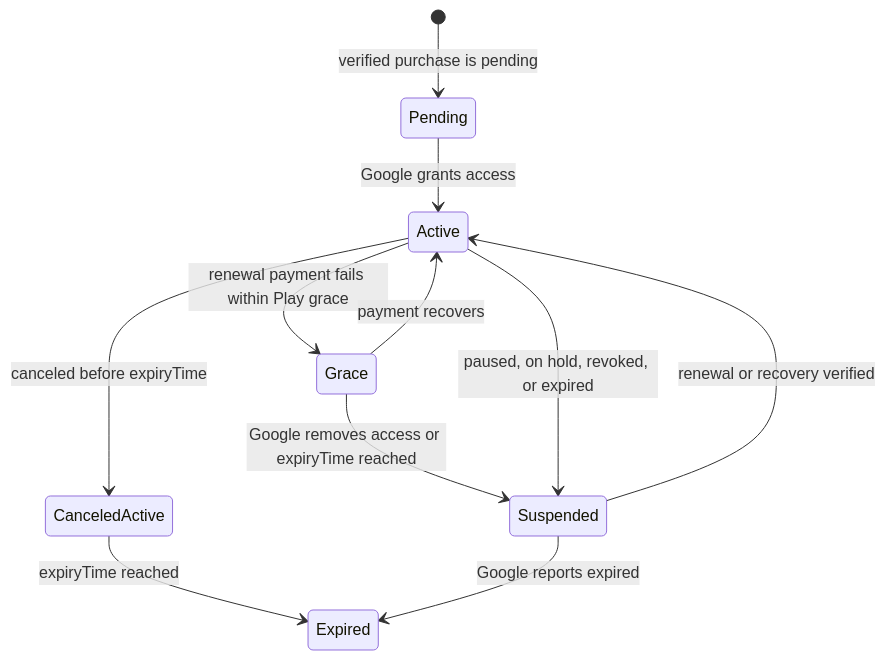
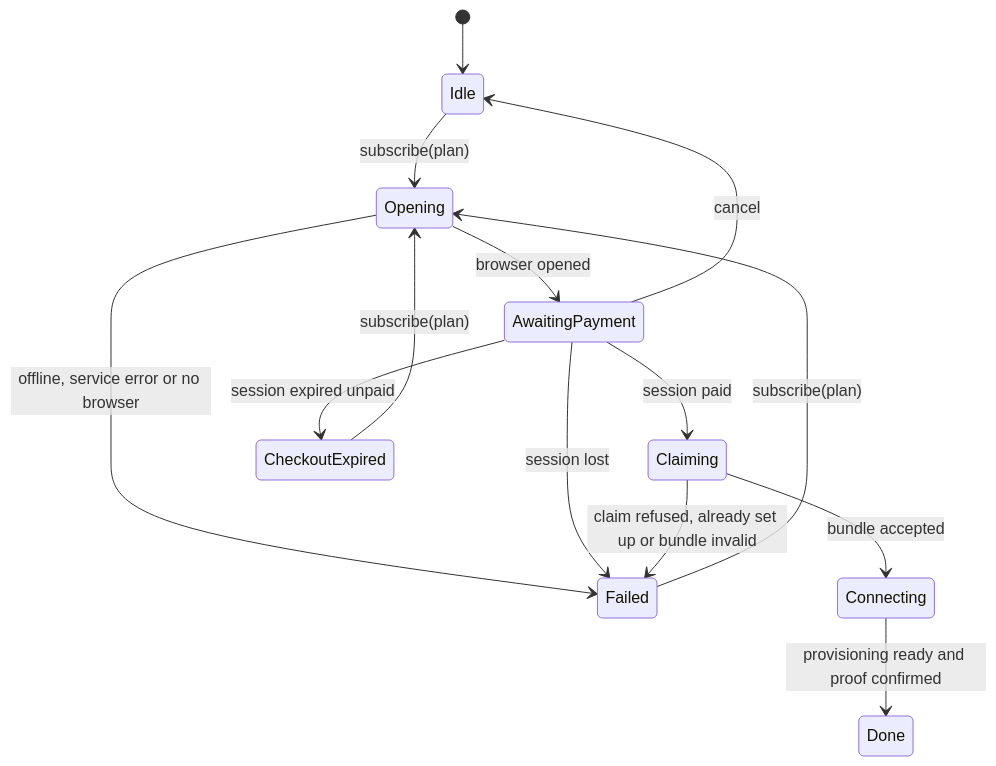
Before and after one commit to matthiasn/lotti: the third of 6 diagrams in knowledge/features/sync/overview.md, drawn with Mermaid. The commit also changed other lines of this file and 293 other files, not shown here.

````diff
--- a/knowledge/features/sync/overview.md
+++ b/knowledge/features/sync/overview.md
@@ -272,13 +194,16 @@
 ```mermaid
 stateDiagram-v2
-  [*] --> Pending: verified purchase is pending
-  Pending --> Active: Google grants access
-  Active --> Grace: renewal payment fails within Play grace
-  Active --> CanceledActive: canceled before expiryTime
-  Grace --> Active: payment recovers
-  Grace --> Suspended: Google removes access or expiryTime reached
-  CanceledActive --> Expired: expiryTime reached
-  Active --> Suspended: paused, on hold, revoked, or expired
-  Suspended --> Active: renewal or recovery verified
-  Suspended --> Expired: Google reports expired
+  [*] --> Idle
+  Idle --> Opening: subscribe(plan)
+  Opening --> AwaitingPayment: browser opened
+  Opening --> Failed: offline, service error or no browser
+  AwaitingPayment --> Claiming: session paid
+  AwaitingPayment --> CheckoutExpired: session expired unpaid
+  AwaitingPayment --> Failed: session lost
+  AwaitingPayment --> Idle: cancel
+  Claiming --> Connecting: bundle accepted
+  Claiming --> Failed: claim refused, already set up or bundle invalid
+  Connecting --> Done: provisioning ready and proof confirmed
+  CheckoutExpired --> Opening: subscribe(plan)
+  Failed --> Opening: subscribe(plan)
 ```
````
